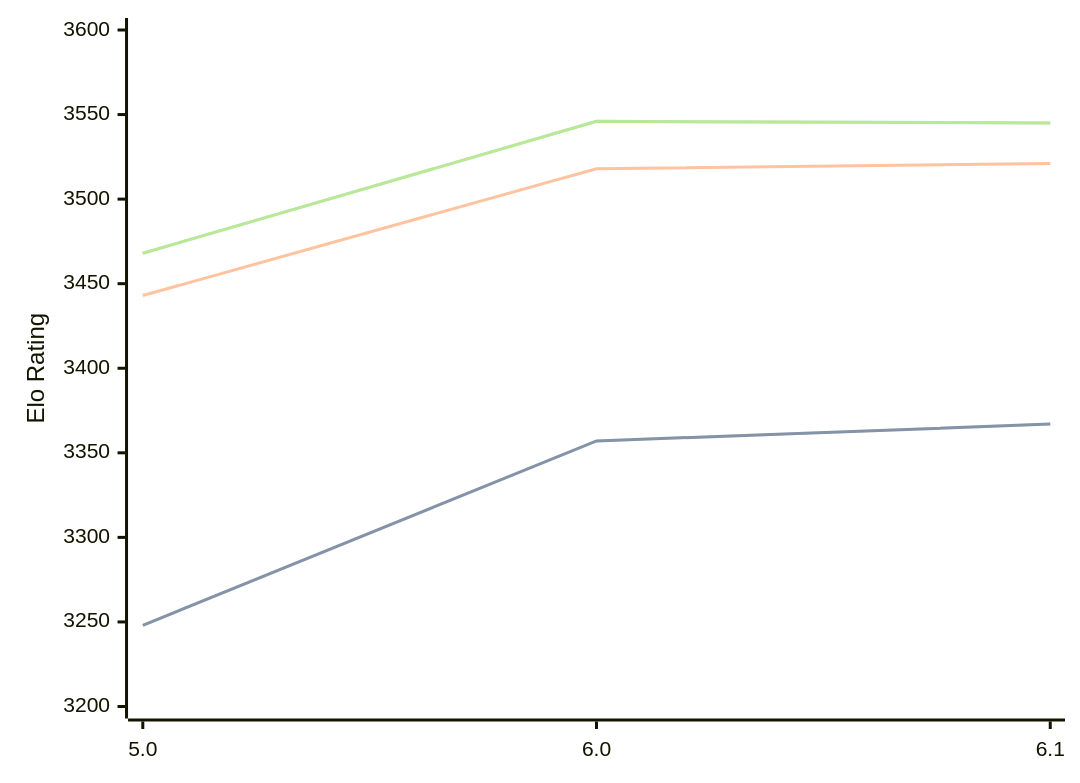
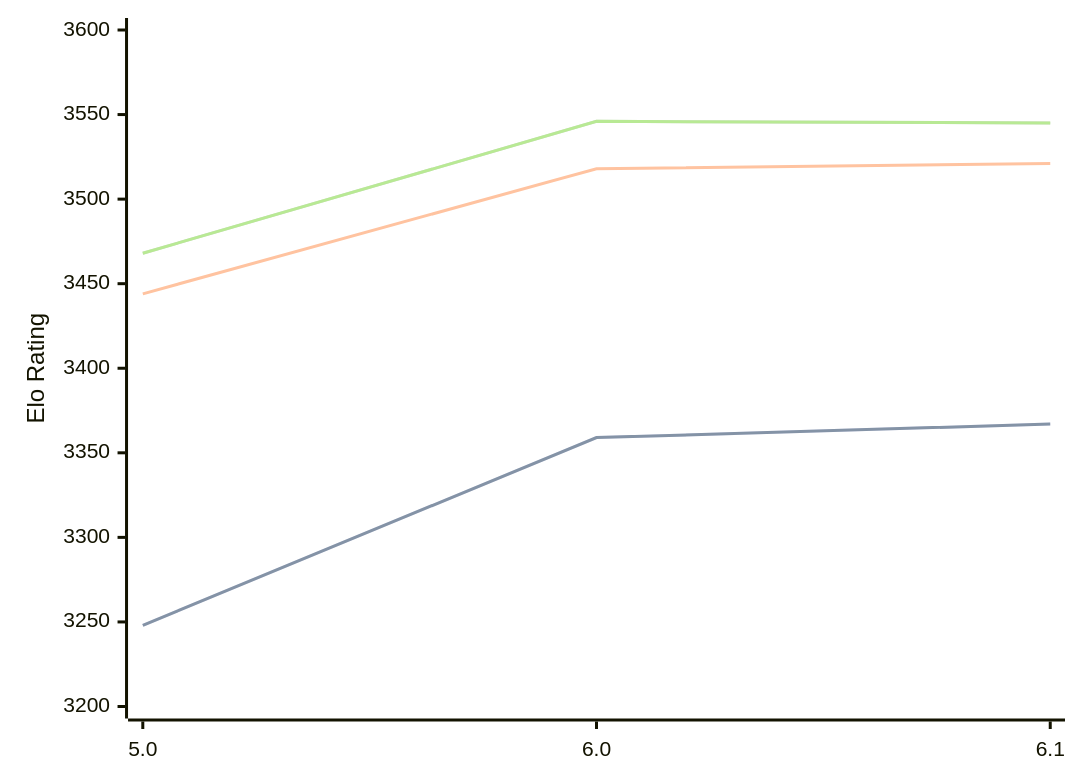
The diagram in engines/Starzix.md (computer-chess-index/cci), drawn with Mermaid before and after one commit. The commit also changed other lines of this file, not shown here.

````diff
--- a/engines/Starzix.md
+++ b/engines/Starzix.md
@@ -34,11 +34,11 @@
 ```mermaid
 %%{init: {"theme":"base","themeVariables":{"seriesColors:['#a3a3a3','#222221','#faa371']}}}%%
 xychart-beta
   x-axis ["5.0", "6.0", "6.1"]
   y-axis "Elo Rating" 3200 --> 3600
-  line "STC (8.0+0.08s)" [3248, 3357, 3367]
-  line "STC (8.0+0.08s)" [3248, 3357, 3367]
-  line "LTC (60.0+0.60s)" [3443, 3518, 3521]
+  line "STC (8.0+0.08s)" [3248, 3359, 3367]
+  line "STC (8.0+0.08s)" [3248, 3359, 3367]
+  line "LTC (60.0+0.60s)" [3444, 3518, 3521]
   line "VLTC (2m24s+1.12s)" [3468, 3546, 3545]
   line "VLTC (2m24s+1.12s)" [3468, 3546, 3545]
 ```
````
